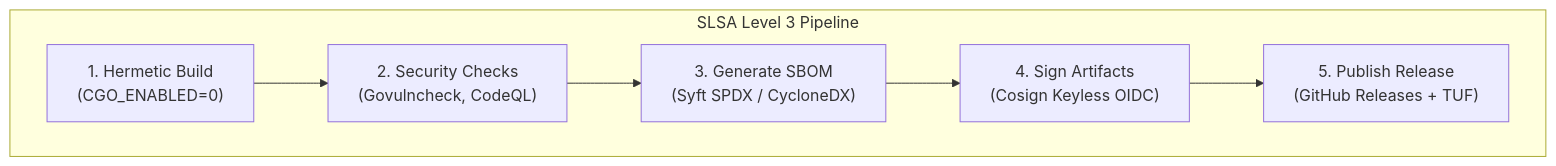
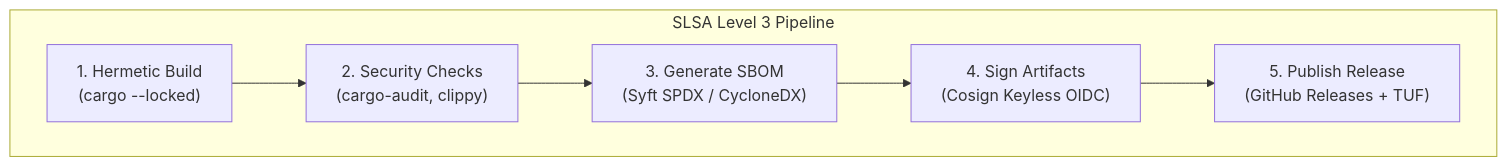
Before and after one commit to Subhadip-Paul2006/NETRA-Backend: the first of 3 diagrams in docs/CI_CD.md, drawn with Mermaid. The commit also changed other lines of this file and 13 other files, not shown here.

Commit message:
docs: finalize Rust-first systems architecture lock across all 16 specifications

````diff
--- a/docs/CI_CD.md
+++ b/docs/CI_CD.md
@@ -30,10 +30,10 @@
 ```mermaid
 flowchart LR
     subgraph SupplyChain["SLSA Level 3 Pipeline"]
         direction LR
-        Build["1. Hermetic Build<br/>(CGO_ENABLED=0)"] --> Scan["2. Security Checks<br/>(Govulncheck, CodeQL)"]
+        Build["1. Hermetic Build<br/>(cargo --locked)"] --> Scan["2. Security Checks<br/>(cargo-audit, clippy)"]
         Scan --> SBOM["3. Generate SBOM<br/>(Syft SPDX / CycloneDX)"]
         SBOM --> Sign["4. Sign Artifacts<br/>(Cosign Keyless OIDC)"]
         Sign --> Publish["5. Publish Release<br/>(GitHub Releases + TUF)"]
     end
 ```
````
